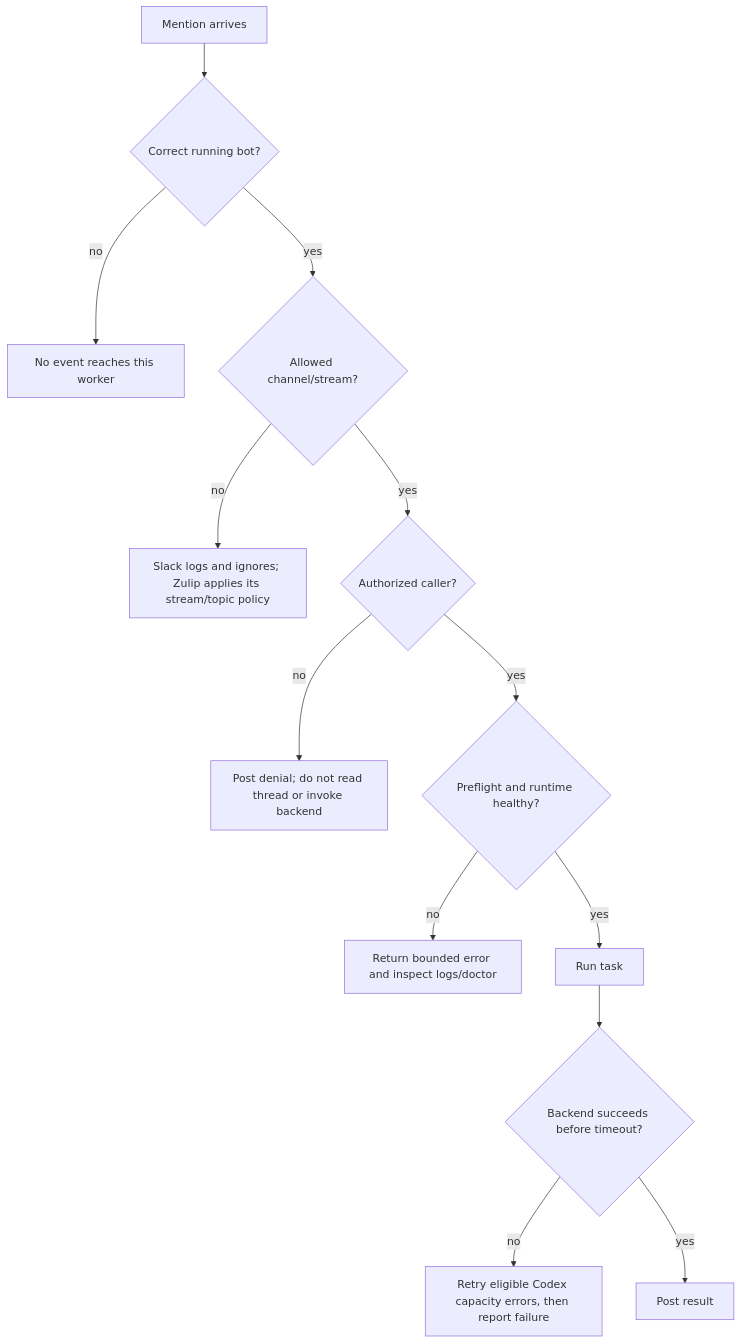
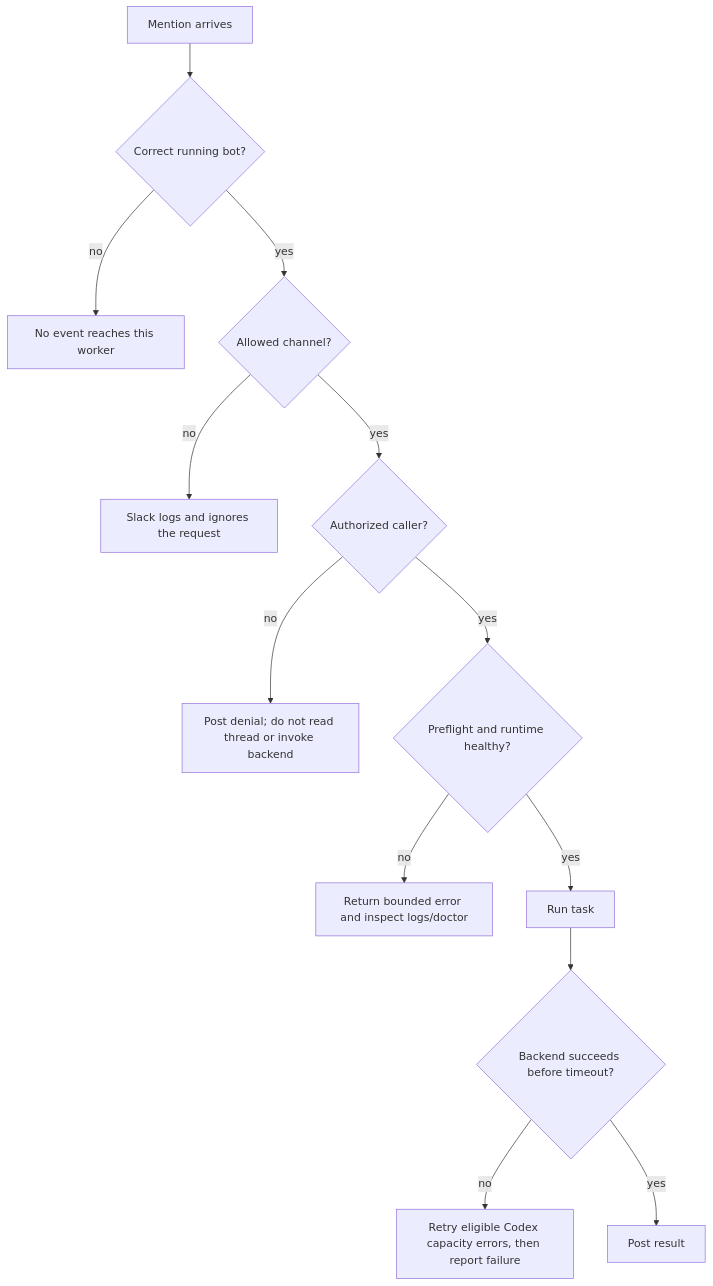
The fourth of 4 diagrams in docs/user-flows.md (klovr-co/hover-tag), drawn with Mermaid before and after one commit. The commit also changed other lines of this file and 22 other files, not shown here.

````diff
--- a/docs/user-flows.md
+++ b/docs/user-flows.md
@@ -326,15 +301,15 @@
 ```mermaid
 flowchart TD
     A[Mention arrives] --> B{Correct running bot?}
     B -->|no| C[No event reaches this worker]
-    B -->|yes| D{Allowed channel/stream?}
-    D -->|no| E[Slack logs and ignores; Zulip applies its stream/topic policy]
+    B -->|yes| D{Allowed channel?}
+    D -->|no| E[Slack logs and ignores the request]
     D -->|yes| F{Authorized caller?}
     F -->|no| G[Post denial; do not read thread or invoke backend]
     F -->|yes| H{Preflight and runtime healthy?}
     H -->|no| I[Return bounded error and inspect logs/doctor]
     H -->|yes| J[Run task]
     J --> K{Backend succeeds before timeout?}
     K -->|no| L[Retry eligible Codex capacity errors, then report failure]
     K -->|yes| M[Post result]
 ```
````
